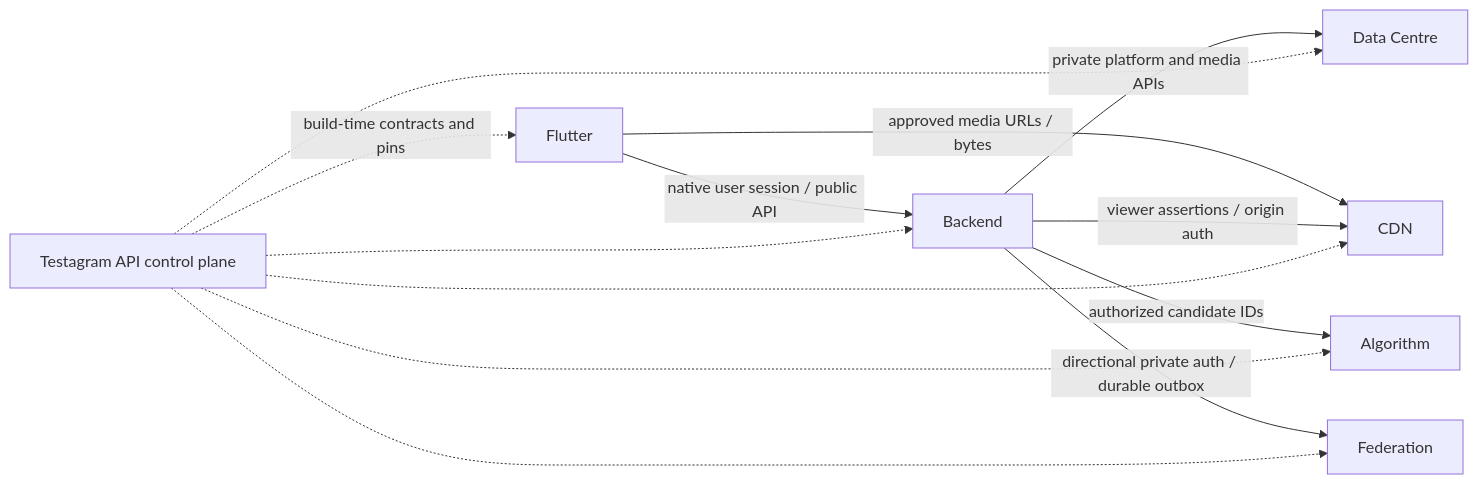
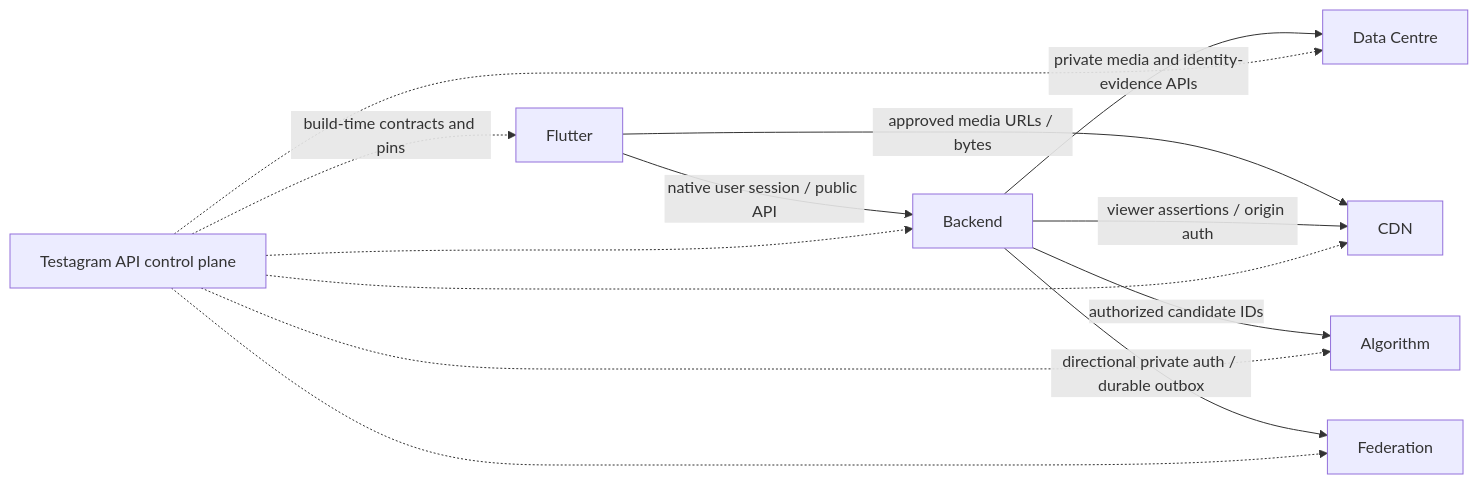
Before and after one commit to Trendyzima/testagram-api: the diagram in docs/integration/seven-organ-bridge.md, drawn with Mermaid. The commit also changed other lines of this file, not shown here.

Commit message:
docs(integration): refresh seven-organ pins and Data Centre edge truth

````diff
--- a/docs/integration/seven-organ-bridge.md
+++ b/docs/integration/seven-organ-bridge.md
@@ -42,15 +42,15 @@
 ```mermaid
 flowchart LR
   F[Flutter] -->|native user session / public API| B[Backend]
   F -->|approved media URLs / bytes| C[CDN]
-  B -->|private platform and media APIs| D[Data Centre]
+  B -->|private media and identity-evidence APIs| D[Data Centre]
   B -->|viewer assertions / origin auth| C
   B -->|authorized candidate IDs| A[Algorithm]
   B -->|directional private auth / durable outbox| X[Federation]
   G[Testagram API control plane] -.->|build-time contracts and pins| F
   G -.-> B
   G -.-> D
   G -.-> C
   G -.-> A
   G -.-> X
 ```
````
